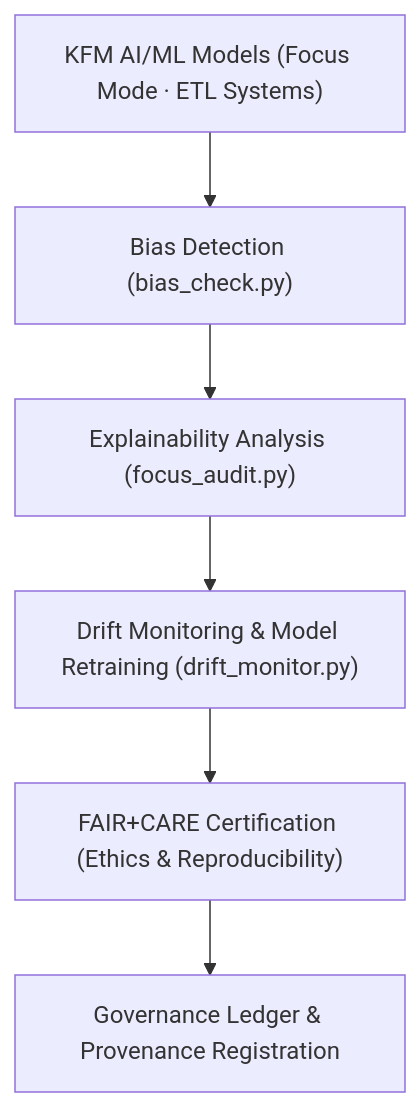
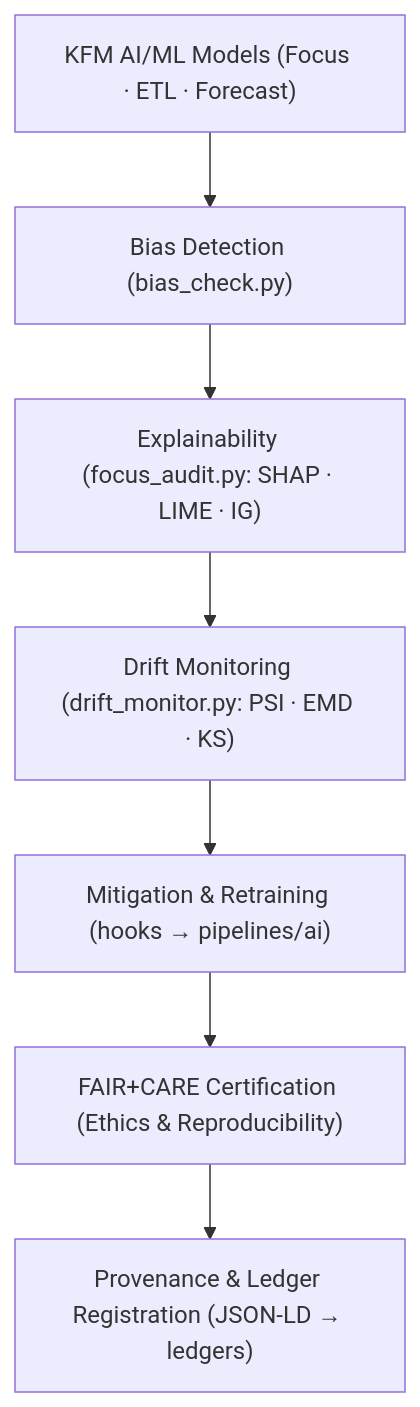
One commit to bartytime4life/Kansas-Frontier-Matrix changed the diagram in tools/ai/README.md. Above: the diagram before and after it, drawn with Mermaid. The commit also changed other lines of this file, not shown here.

````diff
--- a/tools/ai/README.md
+++ b/tools/ai/README.md
@@ -74,8 +71,9 @@
 ```mermaid
 flowchart TD
-    A["KFM AI/ML Models (Focus Mode · ETL Systems)"] --> B["Bias Detection (bias_check.py)"]
-    B --> C["Explainability Analysis (focus_audit.py)"]
-    C --> D["Drift Monitoring & Model Retraining (drift_monitor.py)"]
-    D --> E["FAIR+CARE Certification (Ethics & Reproducibility)"]
-    E --> F["Governance Ledger & Provenance Registration"]
+    A["KFM AI/ML Models (Focus · ETL · Forecast)"] --> B["Bias Detection (bias_check.py)"]
+    B --> C["Explainability (focus_audit.py: SHAP · LIME · IG)"]
+    C --> D["Drift Monitoring (drift_monitor.py: PSI · EMD · KS)"]
+    D --> E["Mitigation & Retraining (hooks → pipelines/ai)"]
+    E --> F["FAIR+CARE Certification (Ethics & Reproducibility)"]
+    F --> G["Provenance & Ledger Registration (JSON-LD → ledgers)"]
 ```
````
